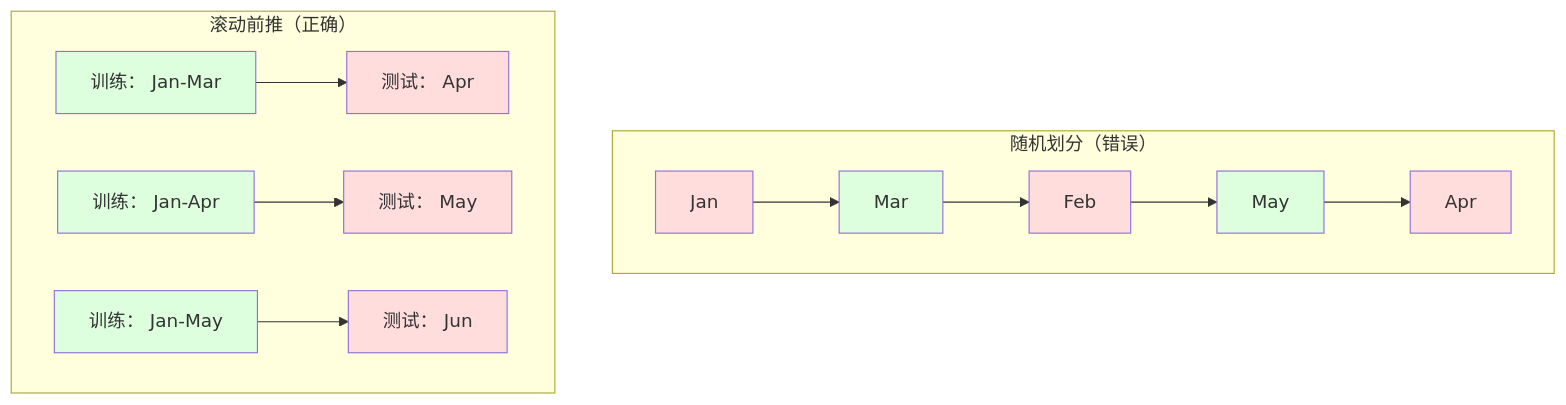
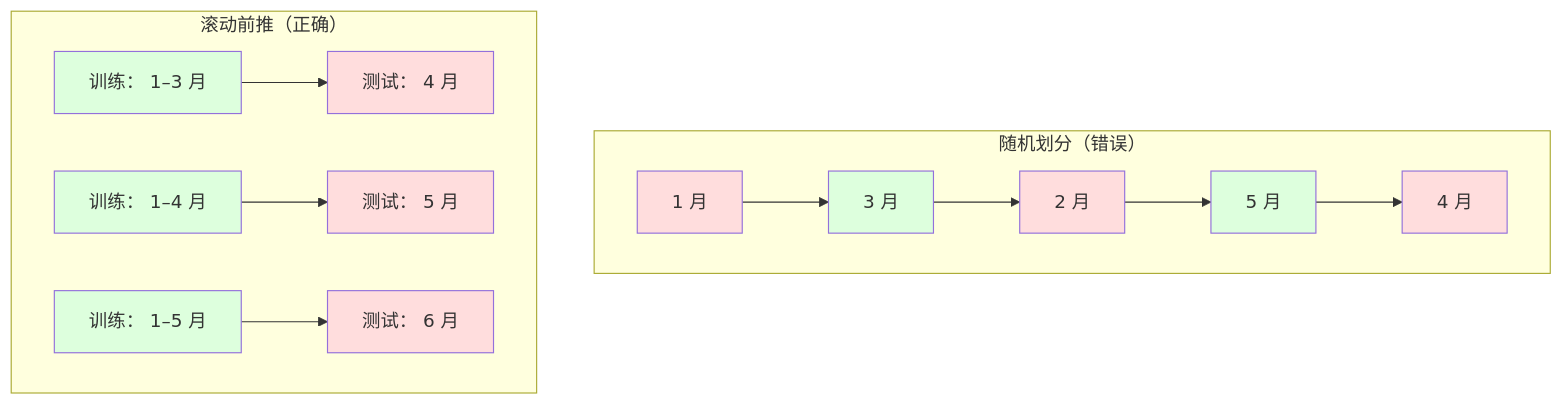
The third of 3 diagrams in content/translations/practice/02-ml-fundamentals/15-time-series/zh.md (huangyue12120/Learning-Atlas), drawn with Mermaid before and after one commit. The commit also changed other lines of this file and 24 other files, not shown here.

Commit message:
fix(reader): localize Mermaid in source content

````diff
--- a/content/translations/practice/02-ml-fundamentals/15-time-series/zh.md
+++ b/content/translations/practice/02-ml-fundamentals/15-time-series/zh.md
@@ -156,28 +156,28 @@
 ```mermaid
 flowchart TD
     subgraph WRONG["随机划分（错误）"]
         direction LR
-        W1[Jan] --> W2[Mar]
-        W2 --> W3[Feb]
-        W3 --> W4[May]
-        W4 --> W5[Apr]
+        W1[1 月] --> W2[3 月]
+        W2 --> W3[2 月]
+        W3 --> W4[5 月]
+        W4 --> W5[4 月]
         style W1 fill:#fdd
         style W3 fill:#fdd
         style W5 fill:#fdd
         style W2 fill:#dfd
         style W4 fill:#dfd
     end
 
     subgraph RIGHT["滚动前推（正确）"]
         direction LR
-        R1["训练： Jan-Mar"] --> R2["测试： Apr"]
-        R3["训练： Jan-Apr"] --> R4["测试： May"]
-        R5["训练： Jan-May"] --> R6["测试： Jun"]
+        R1["训练： 1–3 月"] --> R2["测试： 4 月"]
+        R3["训练： 1–4 月"] --> R4["测试： 5 月"]
+        R5["训练： 1–5 月"] --> R6["测试： 6 月"]
         style R1 fill:#dfd
         style R2 fill:#fdd
         style R3 fill:#dfd
         style R4 fill:#fdd
         style R5 fill:#dfd
         style R6 fill:#fdd
     end
 ```
````
